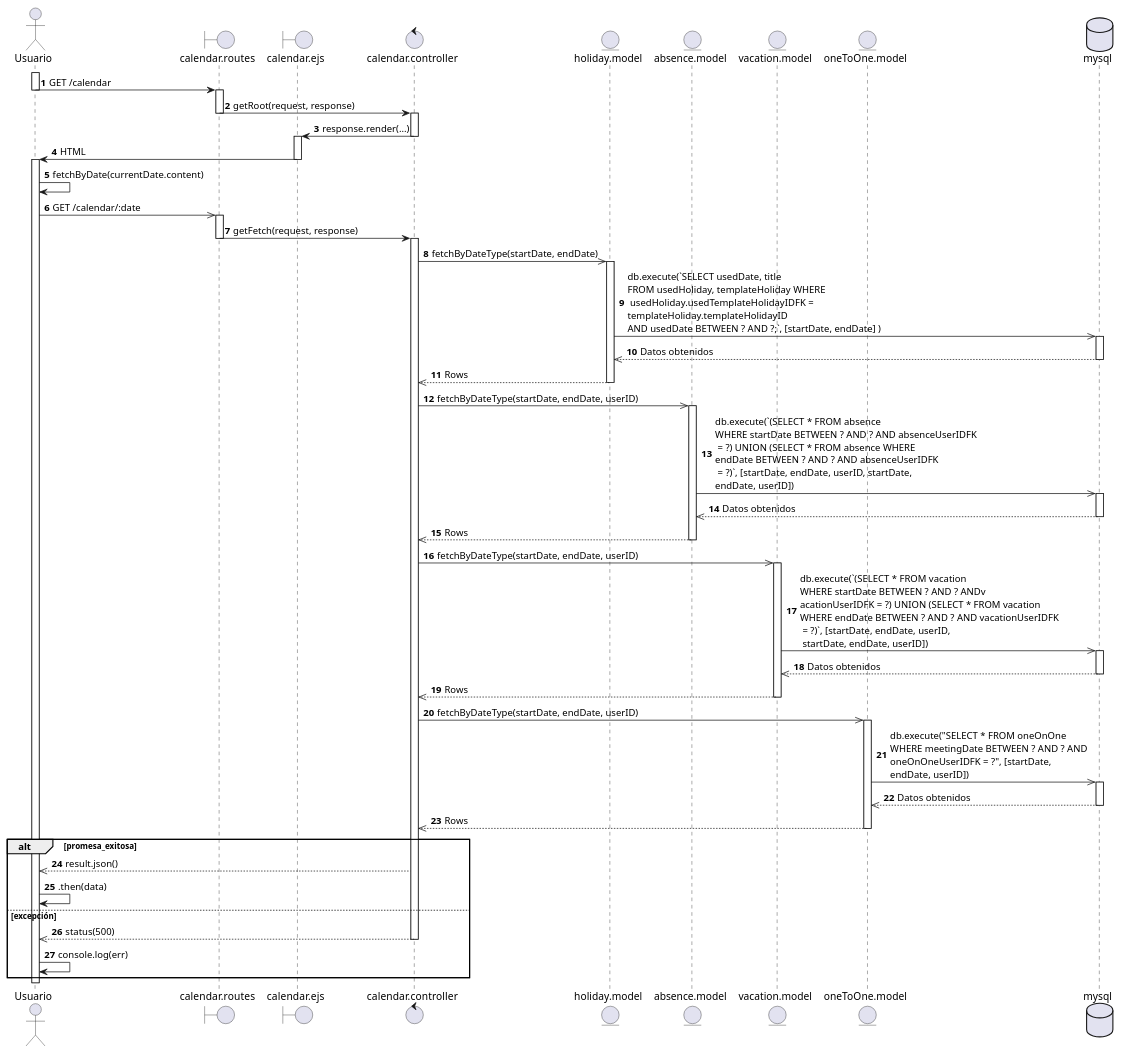
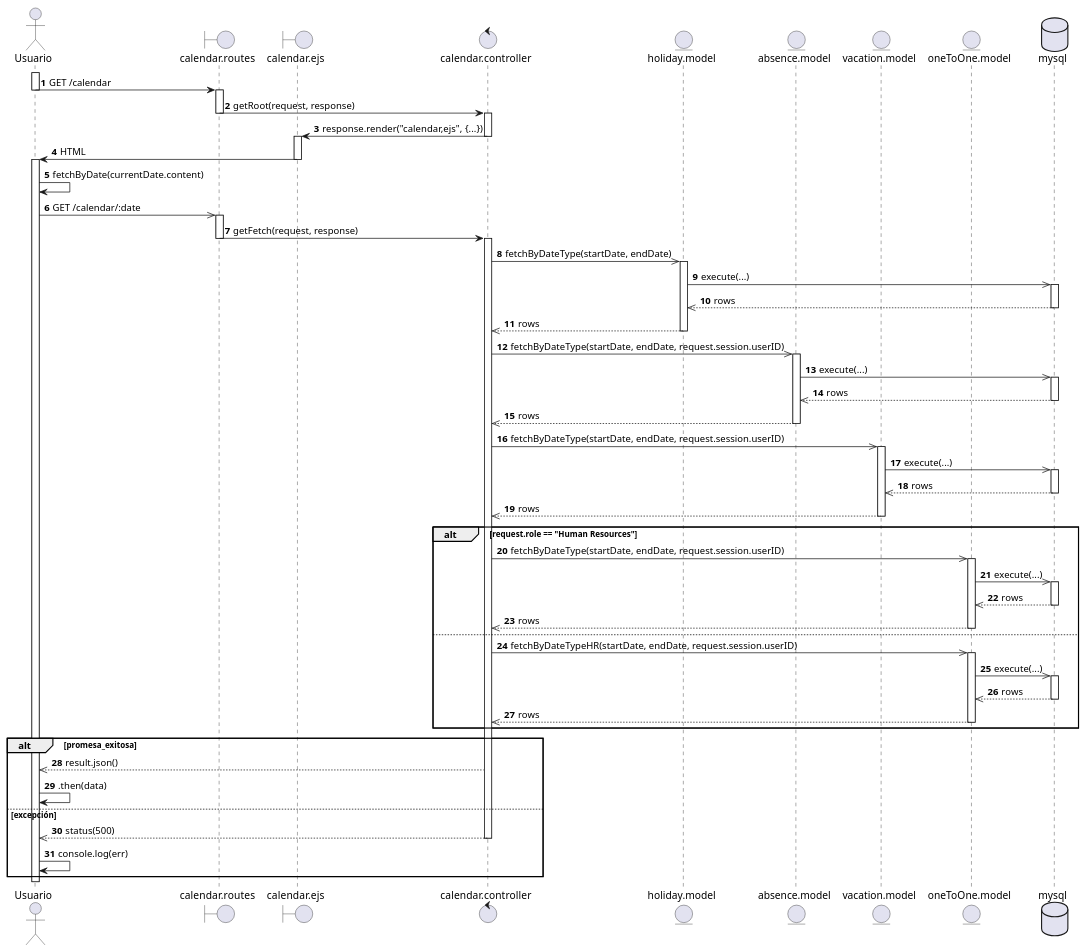
One commit to EdCanCe/WorkCells changed the diagram in diagrams/Casos de Uso/mundo req fun/Diagramas secuencia/CU02.puml. Above: the diagram before and after it, drawn with PlantUML. The commit also changed 2 other files, not shown here.

Commit message:
Update: Cambio en diagrama CU13

```diff
--- a/diagrams/Casos de Uso/mundo req fun/Diagramas secuencia/CU02.puml
+++ b/diagrams/Casos de Uso/mundo req fun/Diagramas secuencia/CU02.puml
@@ -1,94 +1,101 @@
 @startuml
 actor Usuario
 boundary "calendar.routes" as Routes
 boundary "calendar.ejs" as Ejs
 control "calendar.controller" as Controller
 entity "holiday.model" as Holiday
 entity "absence.model" as Absence
 entity "vacation.model" as Vacation
 entity "oneToOne.model" as OneToOne
 database "mysql" as MySQL
 
 autonumber
 
 activate Usuario
 Usuario -> Routes: GET /calendar
 deactivate Usuario
 
 activate Routes
 Routes -> Controller: getRoot(request, response)
 deactivate Routes
 
 activate Controller
-Controller -> Ejs: response.render(...)
+Controller -> Ejs: response.render("calendar,ejs", {...})
 deactivate Controller
 
 activate Ejs
 Ejs -> Usuario: HTML
 deactivate Ejs
 activate Usuario
 
 Usuario -> Usuario: fetchByDate(currentDate.content)
 
 Usuario ->> Routes: GET /calendar/:date
 activate Routes
 
 Routes -> Controller: getFetch(request, response)
 deactivate Routes
 
 activate Controller
 Controller ->> Holiday: fetchByDateType(startDate, endDate)
 activate Holiday
-Holiday ->> MySQL: db.execute(`SELECT usedDate, title\nFROM usedHoliday, templateHoliday WHERE \n usedHoliday.usedTemplateHolidayIDFK =\ntemplateHoliday.templateHolidayID\nAND usedDate BETWEEN ? AND ?;`, [startDate, endDate] )
+Holiday ->> MySQL: execute(...)
 activate MySQL
-MySQL -->> Holiday: Datos obtenidos
+MySQL -->> Holiday: rows
 deactivate MySQL
-Holiday -->> Controller: Rows
+Holiday -->> Controller: rows
 deactivate Holiday
 
-Controller ->> Absence: fetchByDateType(startDate, endDate, userID)
+Controller ->> Absence: fetchByDateType(startDate, endDate, request.session.userID)
 activate Absence
-Absence ->> MySQL: db.execute(`(SELECT * FROM absence \nWHERE startDate BETWEEN ? AND ? AND absenceUserIDFK\n = ?) UNION (SELECT * FROM absence WHERE\nendDate BETWEEN ? AND ? AND absenceUserIDFK \n = ?)`, [startDate, endDate, userID, startDate,\nendDate, userID])
+Absence ->> MySQL: execute(...)
 activate MySQL
-MySQL -->> Absence: Datos obtenidos
+MySQL -->> Absence: rows
 deactivate MySQL
-Absence -->> Controller: Rows
+Absence -->> Controller: rows
 deactivate Absence
 
-Controller ->> Vacation: fetchByDateType(startDate, endDate, userID)
+Controller ->> Vacation: fetchByDateType(startDate, endDate, request.session.userID)
 activate Vacation
-Vacation ->> MySQL: db.execute(`(SELECT * FROM vacation\nWHERE startDate BETWEEN ? AND ? ANDv\nacationUserIDFK = ?) UNION (SELECT * FROM vacation\nWHERE endDate BETWEEN ? AND ? AND vacationUserIDFK\n = ?)`, [startDate, endDate, userID, \n startDate, endDate, userID])
+Vacation ->> MySQL: execute(...)
 activate MySQL
-MySQL -->> Vacation: Datos obtenidos
+MySQL -->> Vacation: rows
 deactivate MySQL
-Vacation -->> Controller: Rows
+Vacation -->> Controller: rows
 deactivate Vacation
 
-Controller ->> OneToOne: fetchByDateType(startDate, endDate, userID)
-activate OneToOne
-OneToOne ->> MySQL: db.execute("SELECT * FROM oneOnOne\nWHERE meetingDate BETWEEN ? AND ? AND\noneOnOneUserIDFK = ?", [startDate,\nendDate, userID])
-activate MySQL
-MySQL -->> OneToOne: Datos obtenidos
-deactivate MySQL
-OneToOne -->> Controller: Rows
+alt request.role == "Human Resources"
+    Controller ->> OneToOne: fetchByDateType(startDate, endDate, request.session.userID)
+    activate OneToOne
+    OneToOne ->> MySQL: execute(...)
+    activate MySQL
+    MySQL -->> OneToOne: rows
+    deactivate MySQL
+    OneToOne -->> Controller: rows
+    deactivate OneToOne
+else
+    Controller ->> OneToOne: fetchByDateTypeHR(startDate, endDate, request.session.userID)
+    activate OneToOne
+    OneToOne ->> MySQL: execute(...)
+    activate MySQL
+    MySQL -->> OneToOne: rows
+    deactivate MySQL
+    OneToOne -->> Controller: rows
+    deactivate OneToOne
+end
 
-deactivate OneToOne
 
 alt promesa_exitosa
-
-Controller -->> Usuario: result.json()
-
-Usuario -> Usuario: .then(data)
-
+    Controller -->> Usuario: result.json()
+    Usuario -> Usuario: .then(data)
 else excepción
 
 Controller -->> Usuario: status(500)
 deactivate Controller
 Usuario -> Usuario: console.log(err)
 
-
 end
 
 deactivate Usuario
 
 @enduml
```
